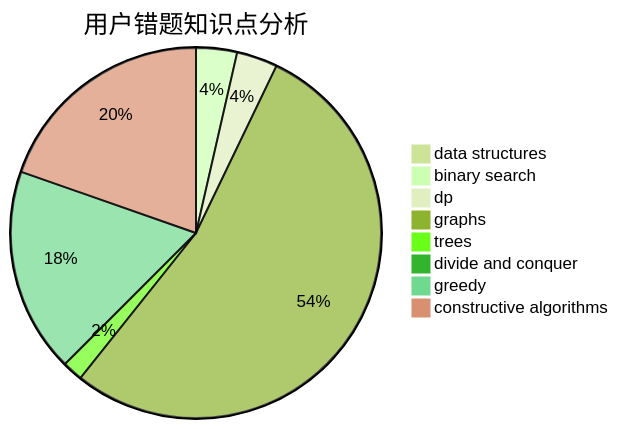
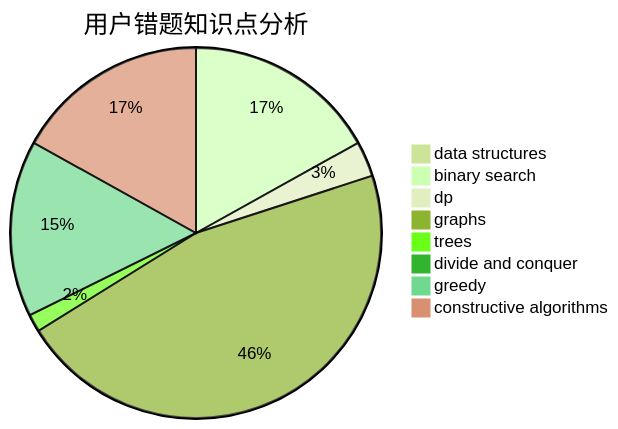
Before and after one commit to sherpahu/cfrs.github.io: the third of 3 diagrams in docs/user/u1547.md, drawn with Mermaid (forest theme). The commit also changed other lines of this file and 2770 other files, not shown here.

````diff
--- a/docs/user/u1547.md
+++ b/docs/user/u1547.md
@@ -36,11 +36,11 @@
 ```mermaid
 pie title 用户错题知识点分析
     "data structures" :  0
-    "binary search" :  2
+    "binary search" :  11
     "dp" :  2
     "graphs" :  30
     "trees" :  1
     "divide and conquer" :  0
     "greedy" :  10
     "constructive algorithms" :  11
 ```
````
